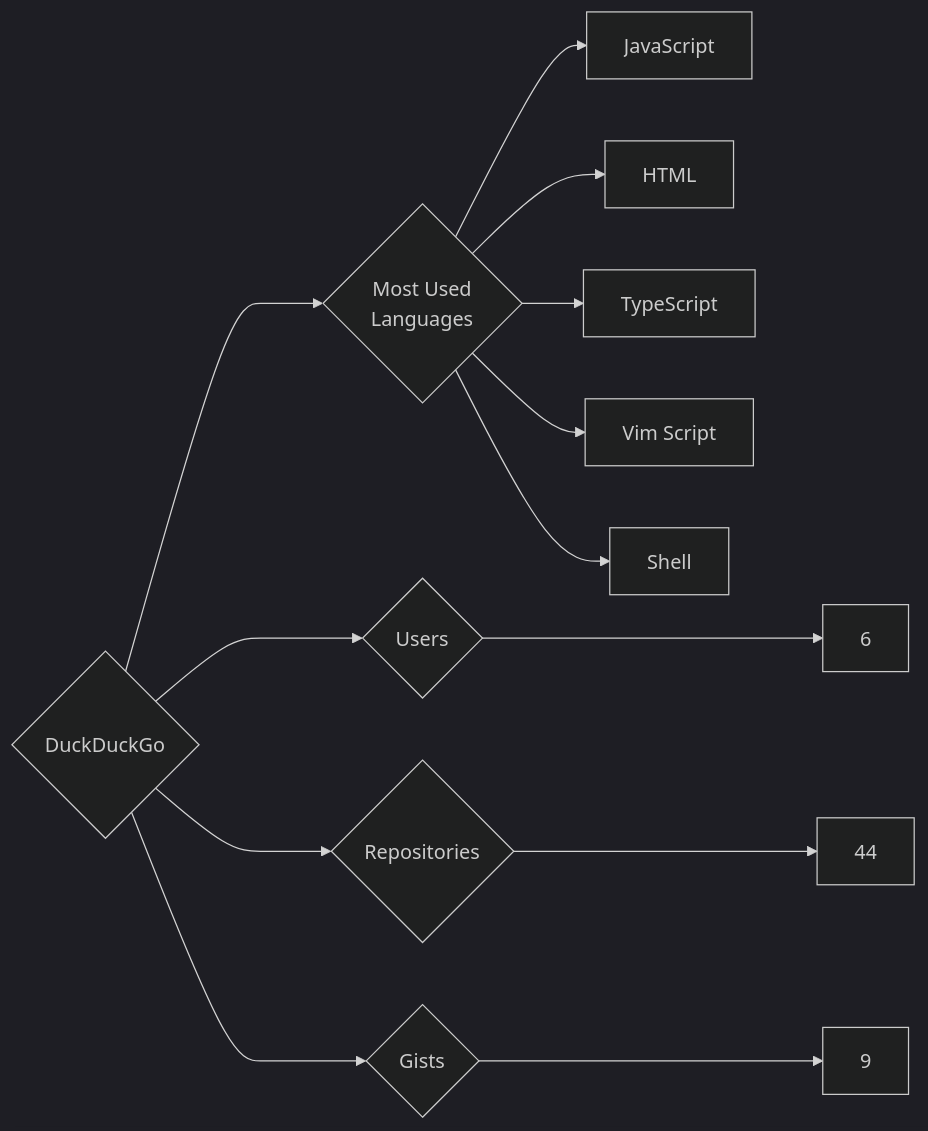
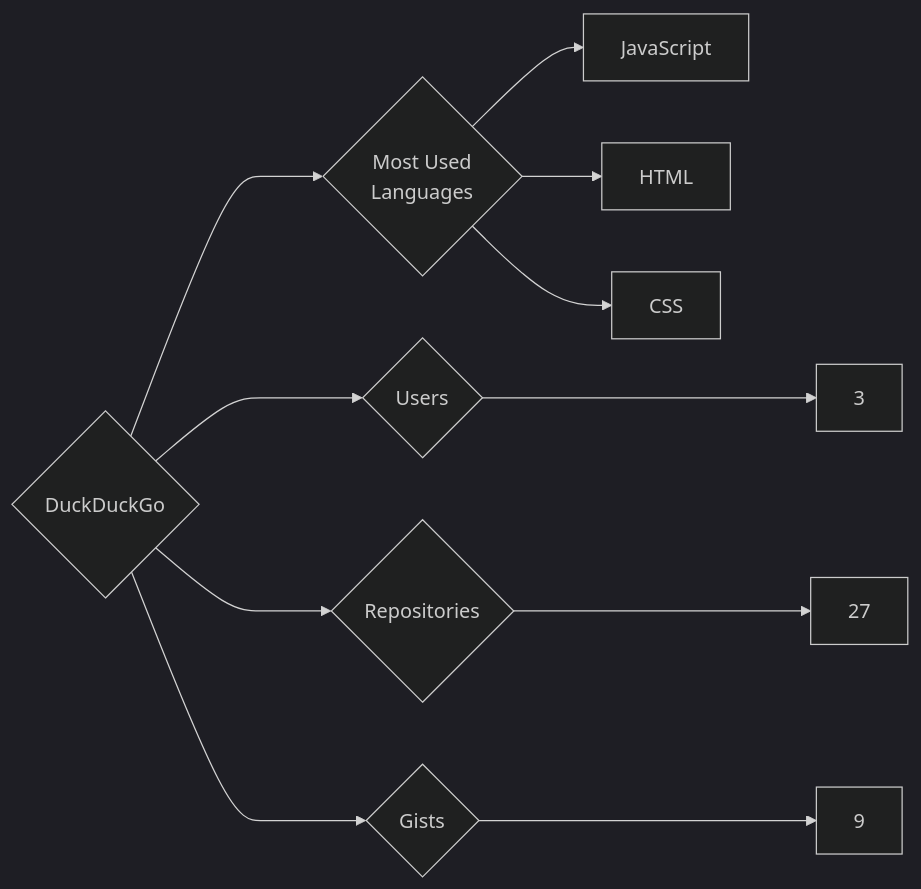
The diagram in targets/DuckDuckGo/README.md (trickest/insiders), drawn with Mermaid (dark theme) before and after one commit. The commit also changed 1120 other files, not shown here.

````diff
--- a/targets/DuckDuckGo/README.md
+++ b/targets/DuckDuckGo/README.md
@@ -3,13 +3,11 @@
 ```mermaid
 graph LR
 COMPANY_NAME{DuckDuckGo}
-COMPANY_NAME ---> U{Users} ---> UN[6]
-COMPANY_NAME ---> R{Repositories} ---> RN[44]
+COMPANY_NAME ---> U{Users} ---> UN[3]
+COMPANY_NAME ---> R{Repositories} ---> RN[27]
 COMPANY_NAME ---> G{Gists} ---> GN[9]
 COMPANY_NAME ---> ML{Most Used<br>Languages}
 ML --> JavaScript[JavaScript]
 ML --> HTML[HTML]
-ML --> TypeScript[TypeScript]
-ML --> Vim_Script[Vim Script]
-ML --> Shell[Shell]
+ML --> CSS[CSS]
 ```
````
